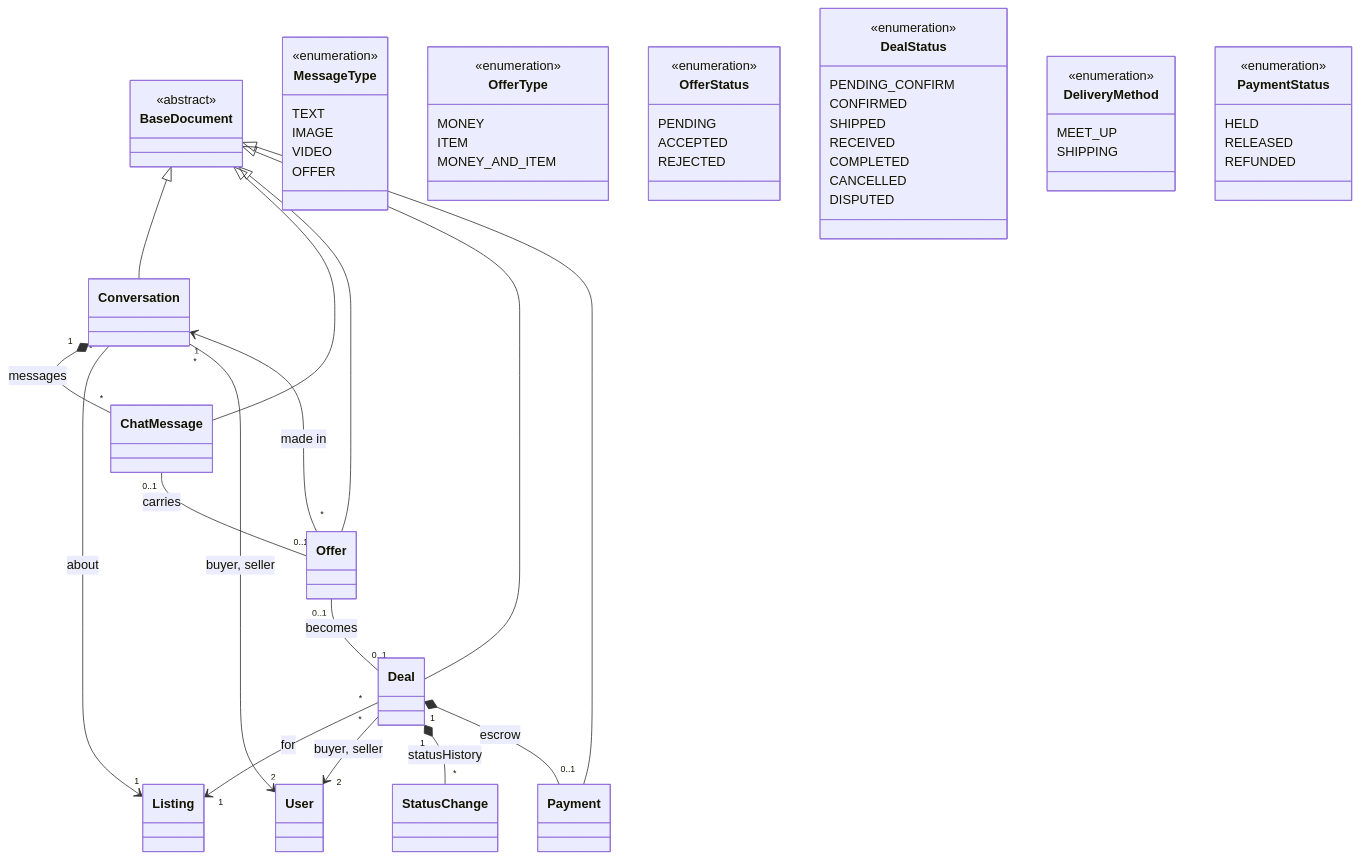
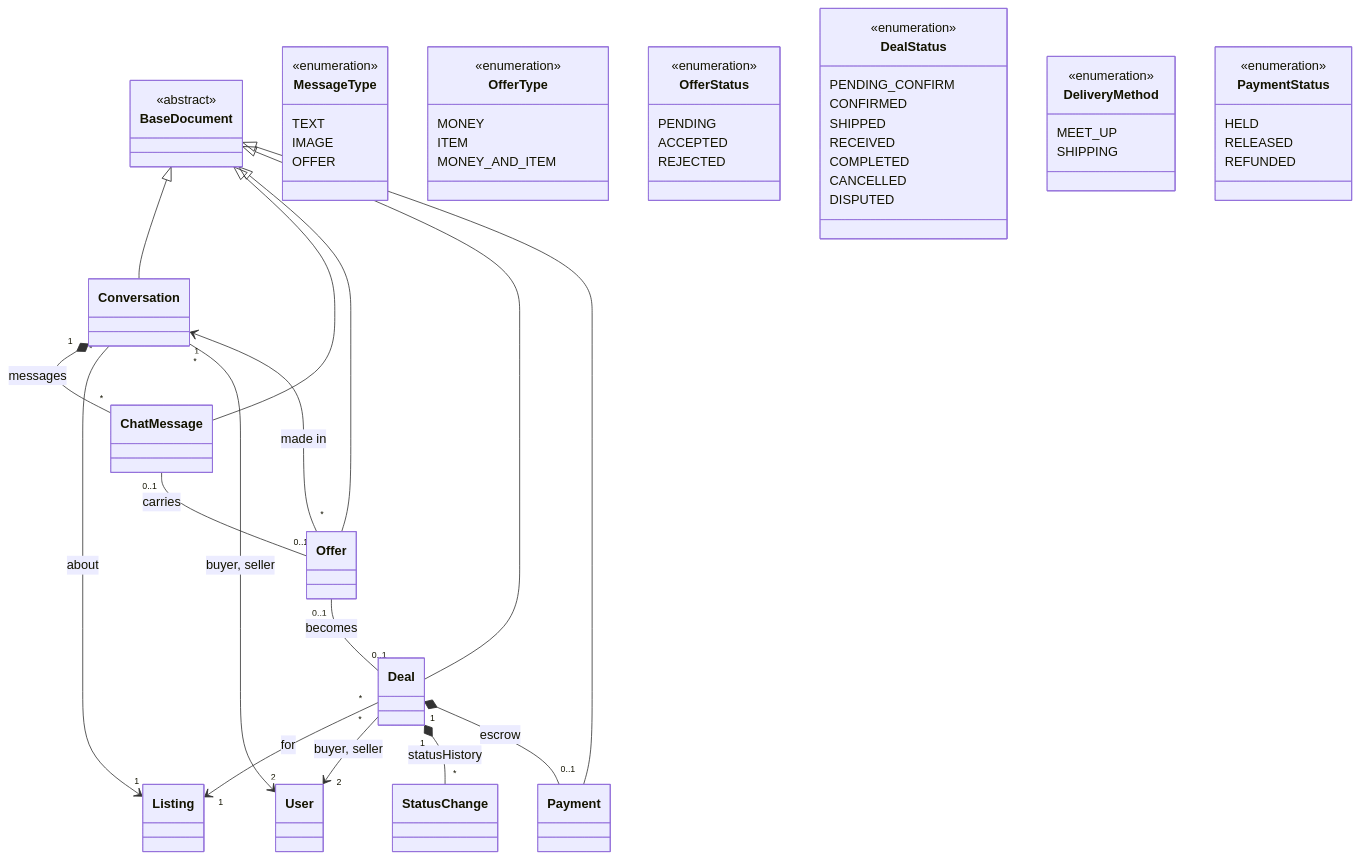
Before and after one commit to tahpnart8/NHOM3-MobileApp: the third of 7 diagrams in workflow/docs/architecture/dac-ta-lop/README.md, drawn with Mermaid. The commit also changed other lines of this file and 116 other files, not shown here.

````diff
--- a/workflow/docs/architecture/dac-ta-lop/README.md
+++ b/workflow/docs/architecture/dac-ta-lop/README.md
@@ -328,69 +332,68 @@
 ```mermaid
 classDiagram
     class BaseDocument {
         <<abstract>>
     }
     class Conversation
     class ChatMessage
     class Offer
     class Deal
     class Payment
     class User
     class Listing
     class StatusChange
     class MessageType {
         <<enumeration>>
         TEXT
         IMAGE
-        VIDEO
         OFFER
     }
     class OfferType {
         <<enumeration>>
         MONEY
         ITEM
         MONEY_AND_ITEM
     }
     class OfferStatus {
         <<enumeration>>
         PENDING
         ACCEPTED
         REJECTED
     }
     class DealStatus {
         <<enumeration>>
         PENDING_CONFIRM
         CONFIRMED
         SHIPPED
         RECEIVED
         COMPLETED
         CANCELLED
         DISPUTED
     }
     class DeliveryMethod {
         <<enumeration>>
         MEET_UP
         SHIPPING
     }
     class PaymentStatus {
         <<enumeration>>
         HELD
         RELEASED
         REFUNDED
     }
     BaseDocument <|-- Conversation
     BaseDocument <|-- ChatMessage
     BaseDocument <|-- Offer
     BaseDocument <|-- Deal
     BaseDocument <|-- Payment
     Conversation "1" *-- "*" ChatMessage : messages
     Conversation "*" --> "1" Listing : about
     Conversation "*" --> "2" User : buyer, seller
     Offer "*" --> "1" Conversation : made in
     ChatMessage "0..1" -- "0..1" Offer : carries
     Offer "0..1" -- "0..1" Deal : becomes
     Deal "*" --> "1" Listing : for
     Deal "*" --> "2" User : buyer, seller
     Deal "1" *-- "*" StatusChange : statusHistory
     Deal "1" *-- "0..1" Payment : escrow
 ```
````
